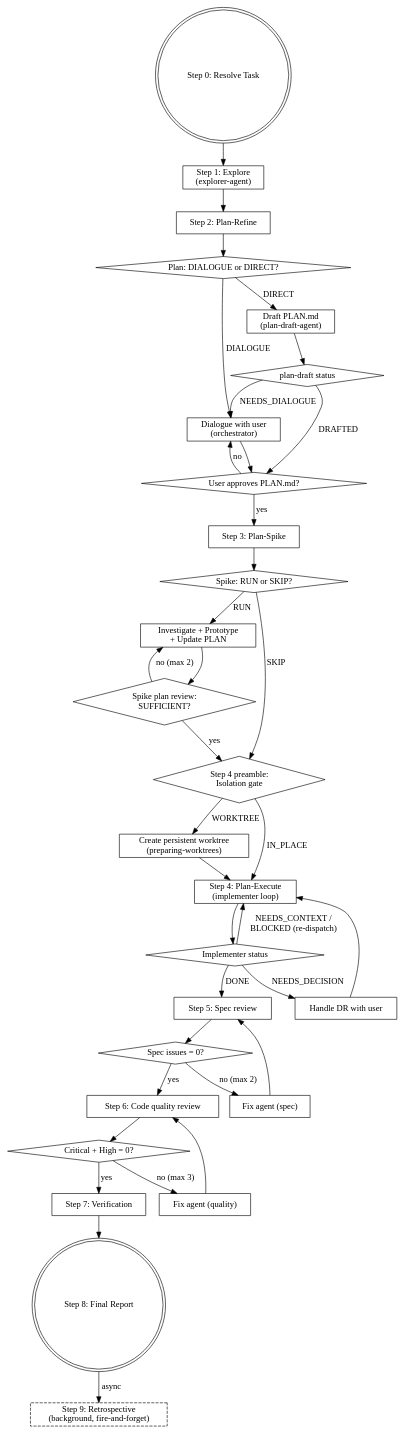
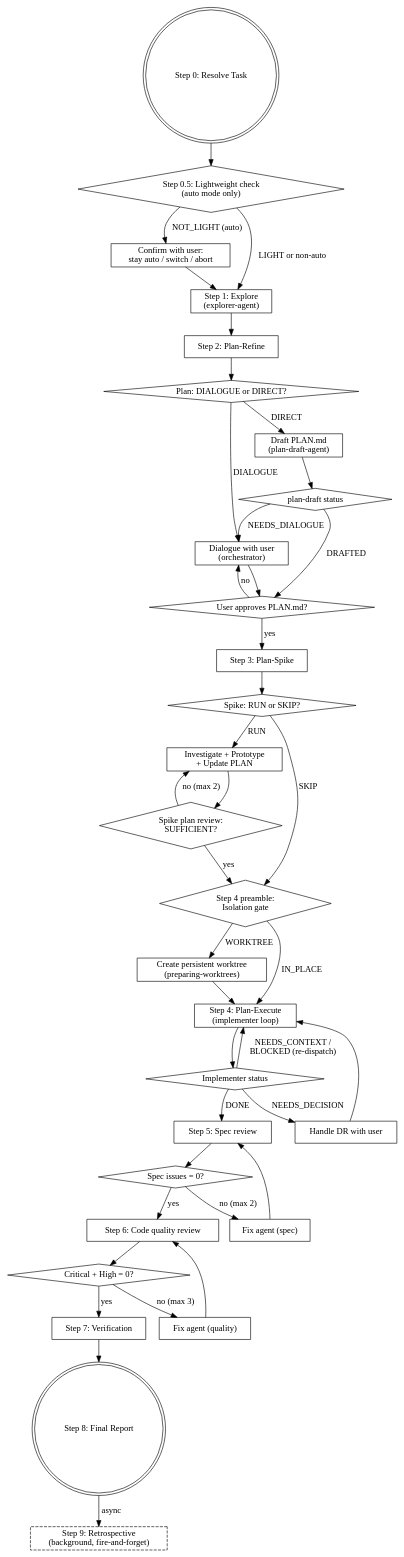
Before and after one commit to matsuyoshi30/dotfiles: the diagram in .agents/skills/devflow/SKILL.md, drawn with Graphviz. The commit also changed other lines of this file and 1 other file, not shown here.

````diff
--- a/.agents/skills/devflow/SKILL.md
+++ b/.agents/skills/devflow/SKILL.md
@@ -19,67 +19,72 @@
 ```dot
 digraph devflow {
     rankdir=TB;
     "Step 0: Resolve Task" [shape=doublecircle];
+    "Step 0.5: Lightweight check\n(auto mode only)" [shape=diamond];
+    "Confirm with user:\nstay auto / switch / abort" [shape=box];
     "Step 1: Explore\n(explorer-agent)" [shape=box];
     "Step 2: Plan-Refine" [shape=box];
     "Plan: DIALOGUE or DIRECT?" [shape=diamond];
     "Dialogue with user\n(orchestrator)" [shape=box];
     "Draft PLAN.md\n(plan-draft-agent)" [shape=box];
     "plan-draft status" [shape=diamond];
     "User approves PLAN.md?" [shape=diamond];
     "Step 3: Plan-Spike" [shape=box];
     "Spike: RUN or SKIP?" [shape=diamond];
     "Investigate + Prototype\n+ Update PLAN" [shape=box];
     "Spike plan review:\nSUFFICIENT?" [shape=diamond];
     "Step 4 preamble:\nIsolation gate" [shape=diamond];
     "Create persistent worktree\n(preparing-worktrees)" [shape=box];
     "Step 4: Plan-Execute\n(implementer loop)" [shape=box];
     "Implementer status" [shape=diamond];
     "Handle DR with user" [shape=box];
     "Step 5: Spec review" [shape=box];
     "Spec issues = 0?" [shape=diamond];
     "Fix agent (spec)" [shape=box];
     "Step 6: Code quality review" [shape=box];
     "Critical + High = 0?" [shape=diamond];
     "Fix agent (quality)" [shape=box];
     "Step 7: Verification" [shape=box];
     "Step 8: Final Report" [shape=doublecircle];
     "Step 9: Retrospective\n(background, fire-and-forget)" [shape=box, style=dashed];
 
-    "Step 0: Resolve Task" -> "Step 1: Explore\n(explorer-agent)";
+    "Step 0: Resolve Task" -> "Step 0.5: Lightweight check\n(auto mode only)";
+    "Step 0.5: Lightweight check\n(auto mode only)" -> "Step 1: Explore\n(explorer-agent)" [label="LIGHT or non-auto"];
+    "Step 0.5: Lightweight check\n(auto mode only)" -> "Confirm with user:\nstay auto / switch / abort" [label="NOT_LIGHT (auto)"];
+    "Confirm with user:\nstay auto / switch / abort" -> "Step 1: Explore\n(explorer-agent)";
     "Step 1: Explore\n(explorer-agent)" -> "Step 2: Plan-Refine";
     "Step 2: Plan-Refine" -> "Plan: DIALOGUE or DIRECT?";
     "Plan: DIALOGUE or DIRECT?" -> "Dialogue with user\n(orchestrator)" [label="DIALOGUE"];
     "Plan: DIALOGUE or DIRECT?" -> "Draft PLAN.md\n(plan-draft-agent)" [label="DIRECT"];
     "Dialogue with user\n(orchestrator)" -> "User approves PLAN.md?";
     "Draft PLAN.md\n(plan-draft-agent)" -> "plan-draft status";
     "plan-draft status" -> "User approves PLAN.md?" [label="DRAFTED"];
     "plan-draft status" -> "Dialogue with user\n(orchestrator)" [label="NEEDS_DIALOGUE"];
     "User approves PLAN.md?" -> "Dialogue with user\n(orchestrator)" [label="no"];
     "User approves PLAN.md?" -> "Step 3: Plan-Spike" [label="yes"];
     "Step 3: Plan-Spike" -> "Spike: RUN or SKIP?";
     "Spike: RUN or SKIP?" -> "Investigate + Prototype\n+ Update PLAN" [label="RUN"];
     "Spike: RUN or SKIP?" -> "Step 4 preamble:\nIsolation gate" [label="SKIP"];
     "Investigate + Prototype\n+ Update PLAN" -> "Spike plan review:\nSUFFICIENT?";
     "Spike plan review:\nSUFFICIENT?" -> "Investigate + Prototype\n+ Update PLAN" [label="no (max 2)"];
     "Spike plan review:\nSUFFICIENT?" -> "Step 4 preamble:\nIsolation gate" [label="yes"];
     "Step 4 preamble:\nIsolation gate" -> "Create persistent worktree\n(preparing-worktrees)" [label="WORKTREE"];
     "Step 4 preamble:\nIsolation gate" -> "Step 4: Plan-Execute\n(implementer loop)" [label="IN_PLACE"];
     "Create persistent worktree\n(preparing-worktrees)" -> "Step 4: Plan-Execute\n(implementer loop)";
     "Step 4: Plan-Execute\n(implementer loop)" -> "Implementer status";
     "Implementer status" -> "Step 5: Spec review" [label="DONE"];
     "Implementer status" -> "Handle DR with user" [label="NEEDS_DECISION"];
     "Handle DR with user" -> "Step 4: Plan-Execute\n(implementer loop)";
     "Implementer status" -> "Step 4: Plan-Execute\n(implementer loop)" [label="NEEDS_CONTEXT /\nBLOCKED (re-dispatch)"];
     "Step 5: Spec review" -> "Spec issues = 0?";
     "Spec issues = 0?" -> "Fix agent (spec)" [label="no (max 2)"];
     "Fix agent (spec)" -> "Step 5: Spec review";
     "Spec issues = 0?" -> "Step 6: Code quality review" [label="yes"];
     "Step 6: Code quality review" -> "Critical + High = 0?";
     "Critical + High = 0?" -> "Fix agent (quality)" [label="no (max 3)"];
     "Fix agent (quality)" -> "Step 6: Code quality review";
     "Critical + High = 0?" -> "Step 7: Verification" [label="yes"];
     "Step 7: Verification" -> "Step 8: Final Report";
     "Step 8: Final Report" -> "Step 9: Retrospective\n(background, fire-and-forget)" [label="async"];
 }
 ```
````
